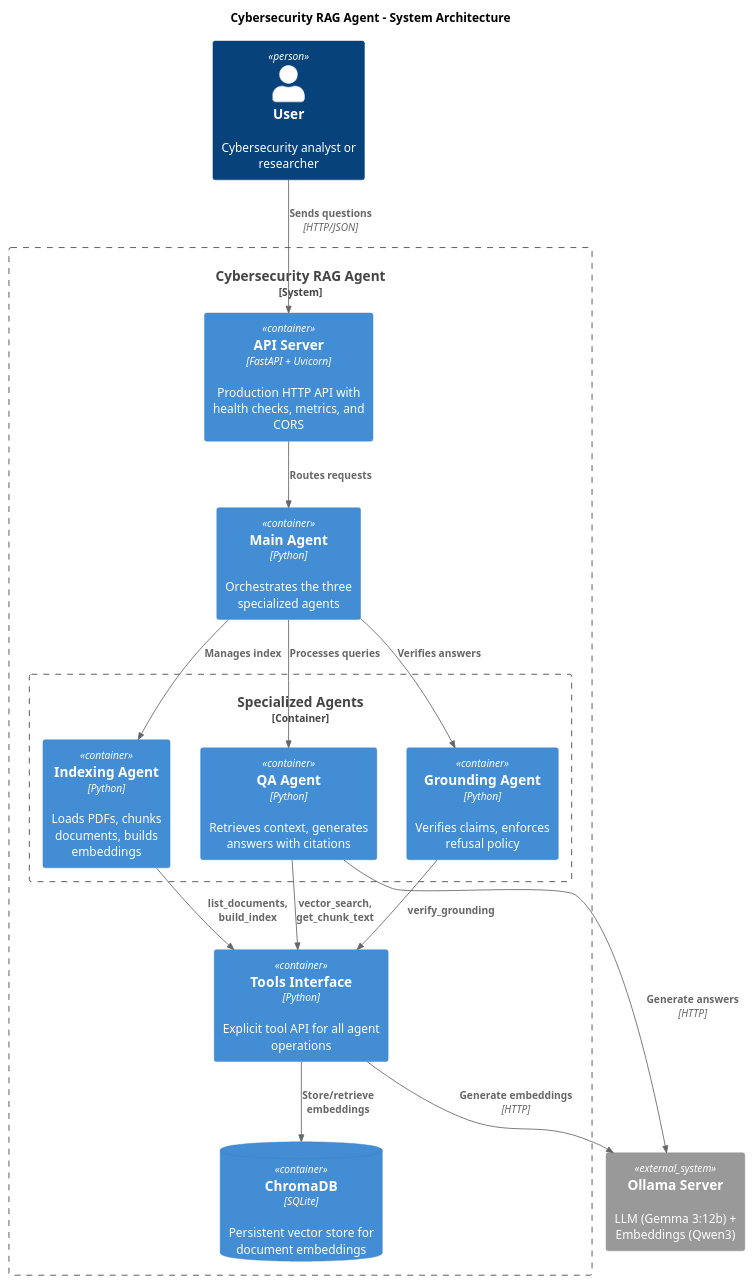
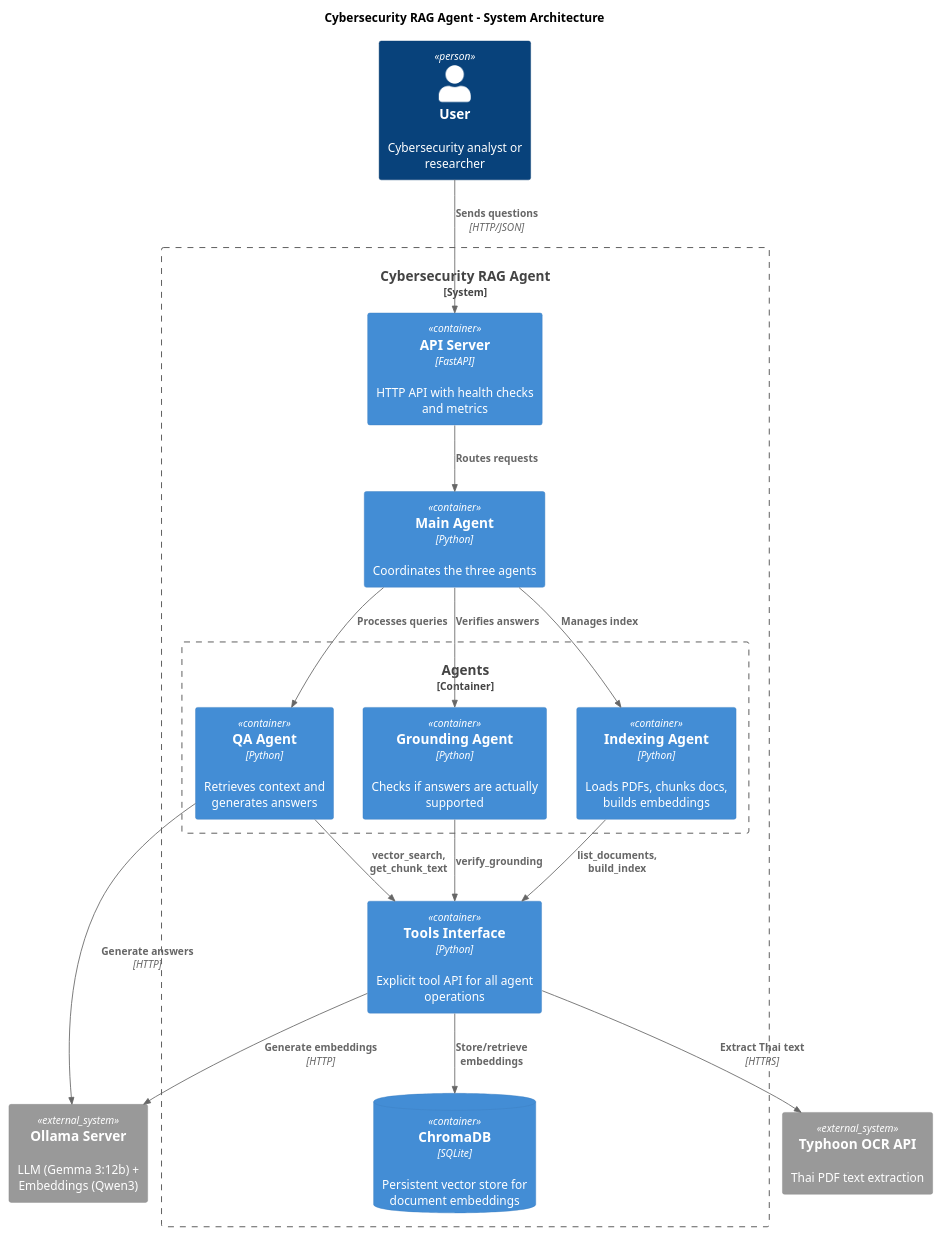
The diagram in SYSTEM_ARCHITECTURE_C4.puml (cnfuse/cyber-rag-assignment), drawn with PlantUML before and after one commit. The commit also changed 15 other files, not shown here.

```diff
--- a/SYSTEM_ARCHITECTURE_C4.puml
+++ b/SYSTEM_ARCHITECTURE_C4.puml
@@ -1,40 +1,42 @@
 @startuml Cybersecurity_RAG_Agent_C4
 !include https://raw.githubusercontent.com/plantuml-stdlib/C4-PlantUML/master/C4_Container.puml
 
 title Cybersecurity RAG Agent - System Architecture
 
 Person(user, "User", "Cybersecurity analyst or researcher")
 
 System_Boundary(rag_system, "Cybersecurity RAG Agent") {
-    Container(api, "API Server", "FastAPI + Uvicorn", "Production HTTP API with health checks, metrics, and CORS")
+    Container(api, "API Server", "FastAPI", "HTTP API with health checks and metrics")
     
-    Container(main_agent, "Main Agent", "Python", "Orchestrates the three specialized agents")
+    Container(main_agent, "Main Agent", "Python", "Coordinates the three agents")
     
-    Container_Boundary(agents, "Specialized Agents") {
-        Container(indexing_agent, "Indexing Agent", "Python", "Loads PDFs, chunks documents, builds embeddings")
-        Container(qa_agent, "QA Agent", "Python", "Retrieves context, generates answers with citations")
-        Container(grounding_agent, "Grounding Agent", "Python", "Verifies claims, enforces refusal policy")
+    Container_Boundary(agents, "Agents") {
+        Container(indexing_agent, "Indexing Agent", "Python", "Loads PDFs, chunks docs, builds embeddings")
+        Container(qa_agent, "QA Agent", "Python", "Retrieves context and generates answers")
+        Container(grounding_agent, "Grounding Agent", "Python", "Checks if answers are actually supported")
     }
     
     Container(tools, "Tools Interface", "Python", "Explicit tool API for all agent operations")
     
     ContainerDb(chromadb, "ChromaDB", "SQLite", "Persistent vector store for document embeddings")
 }
 
 System_Ext(ollama, "Ollama Server", "LLM (Gemma 3:12b) + Embeddings (Qwen3)")
+System_Ext(typhoon, "Typhoon OCR API", "Thai PDF text extraction")
 
 Rel(user, api, "Sends questions", "HTTP/JSON")
 Rel(api, main_agent, "Routes requests")
 Rel(main_agent, indexing_agent, "Manages index")
 Rel(main_agent, qa_agent, "Processes queries")
 Rel(main_agent, grounding_agent, "Verifies answers")
 
 Rel(indexing_agent, tools, "list_documents, build_index")
 Rel(qa_agent, tools, "vector_search, get_chunk_text")
 Rel(grounding_agent, tools, "verify_grounding")
 
 Rel(tools, chromadb, "Store/retrieve embeddings")
+Rel(tools, typhoon, "Extract Thai text", "HTTPS")
 Rel(qa_agent, ollama, "Generate answers", "HTTP")
 Rel(tools, ollama, "Generate embeddings", "HTTP")
 
 @enduml
```
